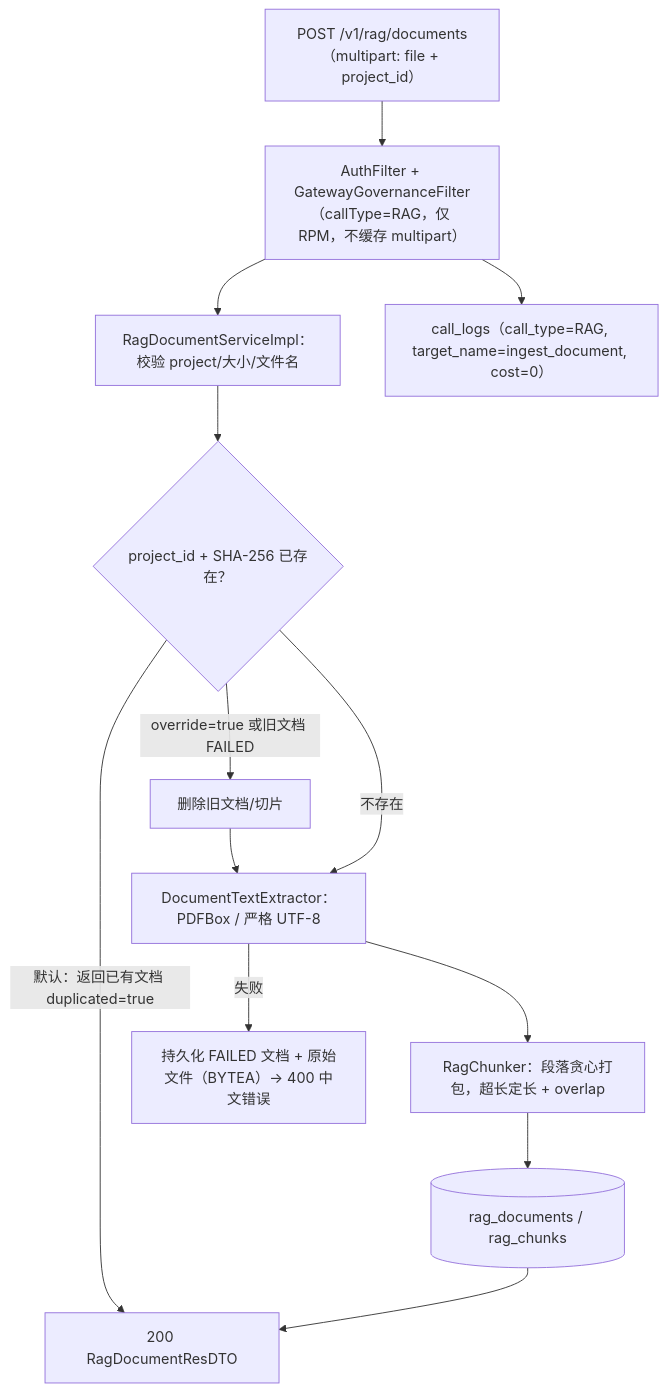
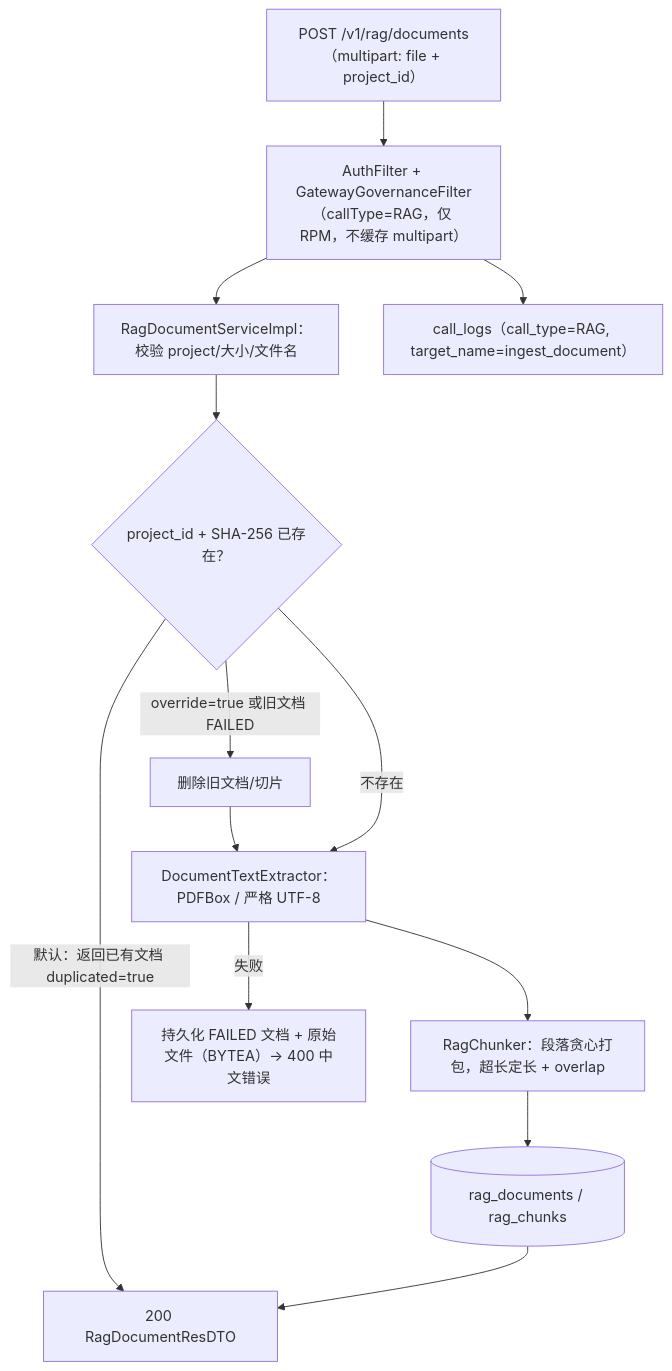
One commit to learnerQ0751/ai-hub changed the eighth of 12 diagrams in ai-workflow/DESIGN.md. Above: the diagram before and after it, drawn with Mermaid. The commit also changed other lines of this file and 63 other files, not shown here.

````diff
--- a/ai-workflow/DESIGN.md
+++ b/ai-workflow/DESIGN.md
@@ -305,15 +306,15 @@
 ```mermaid
 flowchart TD
     A["POST /v1/rag/documents（multipart: file + project_id）"] --> F["AuthFilter + GatewayGovernanceFilter（callType=RAG，仅 RPM，不缓存 multipart）"]
     F --> S["RagDocumentServiceImpl：校验 project/大小/文件名"]
     S --> H{"project_id + SHA-256 已存在？"}
     H -->|"默认：返回已有文档 duplicated=true"| R["200 RagDocumentResDTO"]
     H -->|"override=true 或旧文档 FAILED"| X["删除旧文档/切片"]
     H -->|"不存在"| P["DocumentTextExtractor：PDFBox / 严格 UTF-8"]
     X --> P
     P -->|"失败"| E["持久化 FAILED 文档 + 原始文件（BYTEA）→ 400 中文错误"]
     P --> C["RagChunker：段落贪心打包，超长定长 + overlap"]
     C --> DB[("rag_documents / rag_chunks")]
     DB --> R
-    F --> L["call_logs（call_type=RAG, target_name=ingest_document, cost=0）"]
+    F --> L["call_logs（call_type=RAG, target_name=ingest_document）"]
 ```
````
